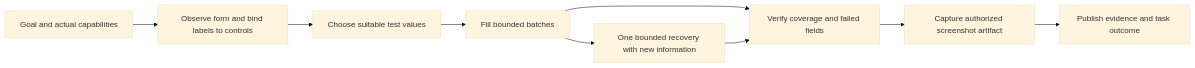
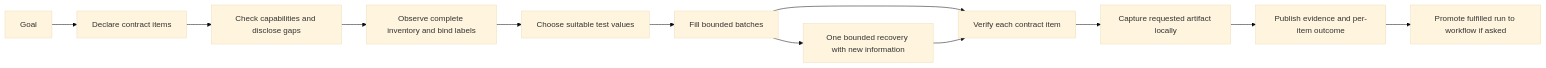
Before and after one commit to abranjith/yantra: the diagram in .spec-lite/plan_do_workflow_reliability.md, drawn with Mermaid (base theme). The commit also changed other lines of this file and 7 other files, not shown here.

````diff
--- a/.spec-lite/plan_do_workflow_reliability.md
+++ b/.spec-lite/plan_do_workflow_reliability.md
@@ -28,11 +167,14 @@
 ```mermaid
 flowchart LR
-    A[Goal and actual capabilities] --> B[Observe form and bind labels to controls]
-    B --> C[Choose suitable test values]
-    C --> D[Fill bounded batches]
-    D --> E[Verify coverage and failed fields]
-    E --> F[Capture authorized screenshot artifact]
-    F --> G[Publish evidence and task outcome]
-    D --> H[One bounded recovery with new information]
-    H --> E
+    A[Goal] --> B[Declare contract items]
+    B --> C[Check capabilities and disclose gaps]
+    C --> D[Observe complete inventory and bind labels]
+    D --> E[Choose suitable test values]
+    E --> F[Fill bounded batches]
+    F --> G[Verify each contract item]
+    G --> H[Capture requested artifact locally]
+    H --> I[Publish evidence and per-item outcome]
+    I --> J[Promote fulfilled run to workflow if asked]
+    F --> K[One bounded recovery with new information]
+    K --> G
 ```
````
